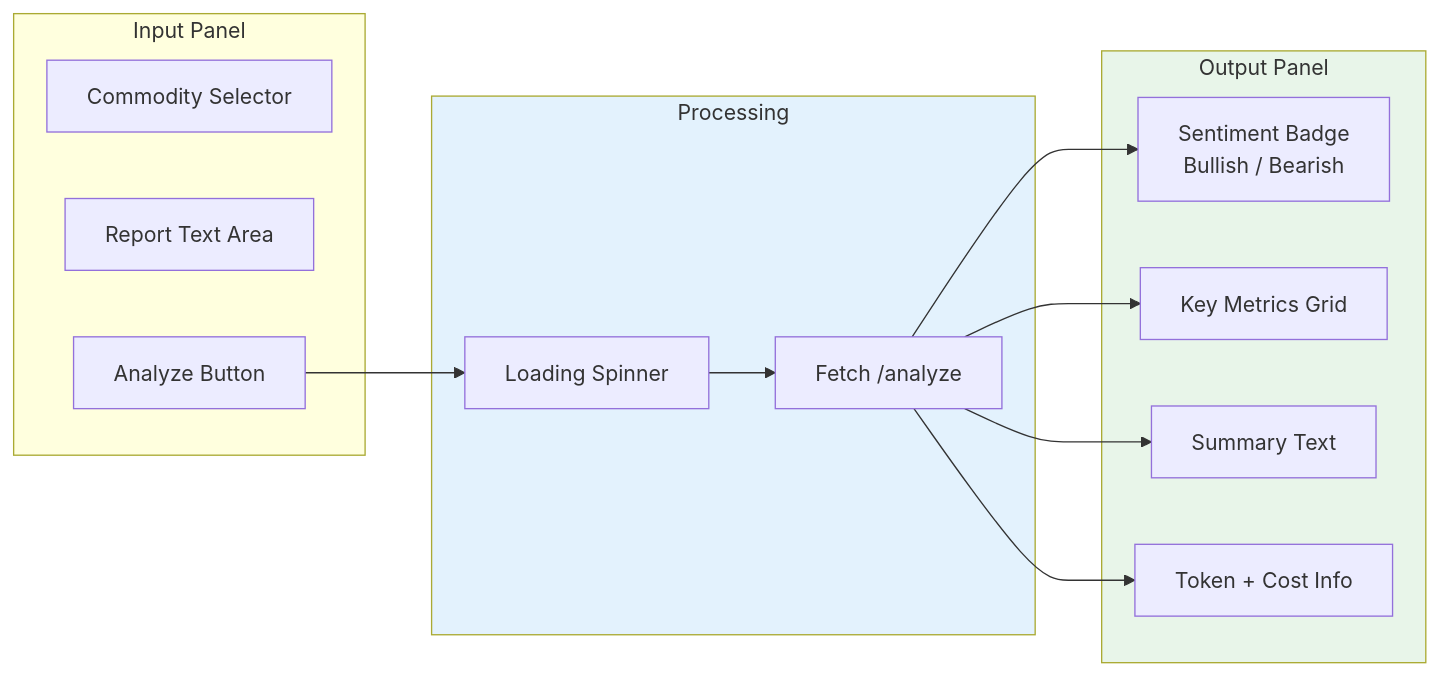
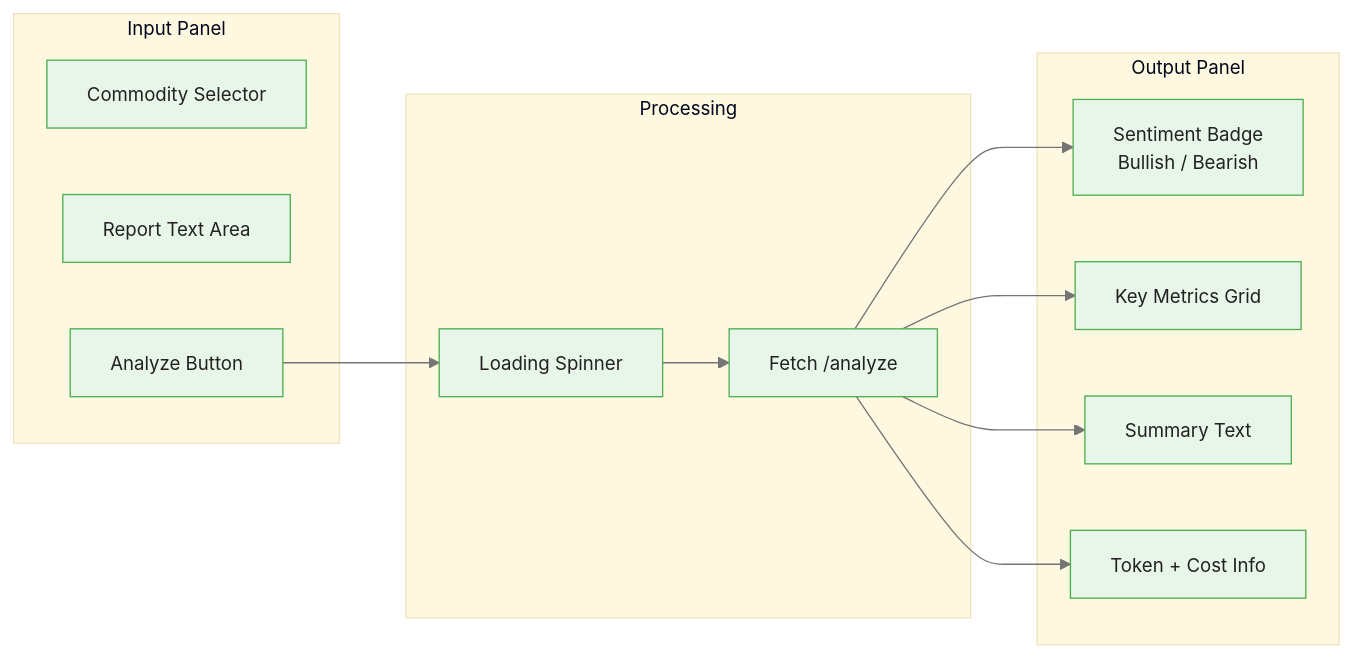
One commit to m-deane/course-creator changed the second of 4 diagrams in courses/dataiku-genai/modules/module_04_deployment/guides/02_webapp_integration_slides.md. Above: the diagram before and after it, drawn with Mermaid. The commit also changed other lines of this file and 54 other files, not shown here.

````diff
--- a/courses/dataiku-genai/modules/module_04_deployment/guides/02_webapp_integration_slides.md
+++ b/courses/dataiku-genai/modules/module_04_deployment/guides/02_webapp_integration_slides.md
@@ -119,30 +118,28 @@
 ```mermaid
+%%{init: {"theme": "base", "themeVariables": {"primaryColor": "#e8f5e9", "primaryBorderColor": "#4caf50", "primaryTextColor": "#212121", "secondaryColor": "#e3f2fd", "tertiaryColor": "#fff8e1", "lineColor": "#757575", "fontFamily": "Inter, sans-serif", "fontSize": "14px"}}}%%
 flowchart LR
     subgraph Input[Input Panel]
         SEL[Commodity Selector]
         TXT[Report Text Area]
         BTN[Analyze Button]
     end
 
     subgraph Processing[Processing]
         SPIN[Loading Spinner]
         FETCH[Fetch /analyze]
     end
 
     subgraph Output[Output Panel]
         SENT[Sentiment Badge<br/>Bullish / Bearish]
         METRICS[Key Metrics Grid]
         SUMMARY[Summary Text]
         COST[Token + Cost Info]
     end
 
     BTN --> SPIN
     SPIN --> FETCH
     FETCH --> SENT
     FETCH --> METRICS
     FETCH --> SUMMARY
     FETCH --> COST
-
-    style Processing fill:#e3f2fd
-    style Output fill:#e8f5e9
 ```
````
